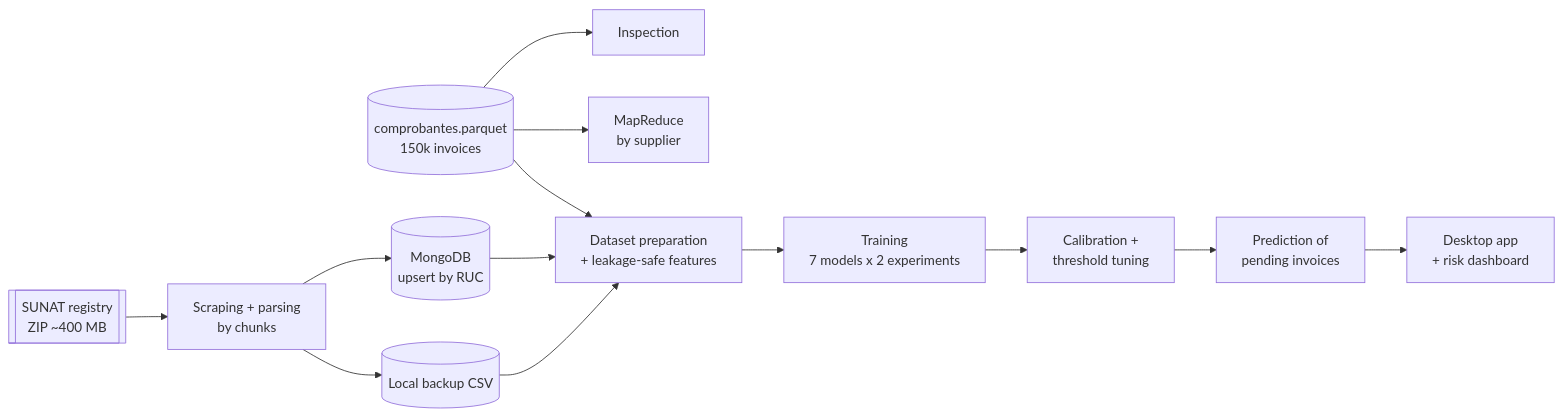
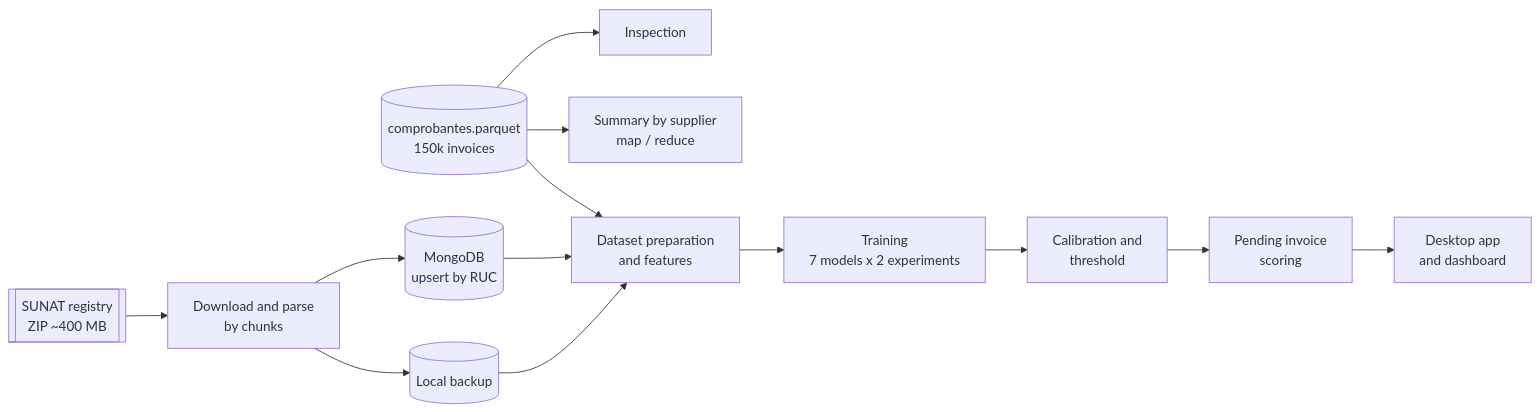
The diagram in README.md (Mianvarh/facturisk-sunat), drawn with Mermaid before and after one commit. The commit also changed other lines of this file and 8 other files, not shown here.

````diff
--- a/README.md
+++ b/README.md
@@ -50,15 +46,15 @@
 ```mermaid
 flowchart LR
     A[(comprobantes.parquet<br/>150k invoices)] --> B[Inspection]
-    A --> C[MapReduce<br/>by supplier]
-    S[[SUNAT registry<br/>ZIP ~400 MB]] --> D[Scraping + parsing<br/>by chunks]
+    A --> C[Summary by supplier<br/>map / reduce]
+    S[[SUNAT registry<br/>ZIP ~400 MB]] --> D[Download and parse<br/>by chunks]
     D --> M[(MongoDB<br/>upsert by RUC)]
-    D --> K[(Local backup CSV)]
-    M --> E[Dataset preparation<br/>+ leakage-safe features]
+    D --> K[(Local backup)]
+    M --> E[Dataset preparation<br/>and features]
     K --> E
     A --> E
     E --> F[Training<br/>7 models x 2 experiments]
-    F --> G[Calibration +<br/>threshold tuning]
-    G --> H[Prediction of<br/>pending invoices]
-    H --> I[Desktop app<br/>+ risk dashboard]
+    F --> G[Calibration and<br/>threshold]
+    G --> H[Pending invoice<br/>scoring]
+    H --> I[Desktop app<br/>and dashboard]
 ```
````
